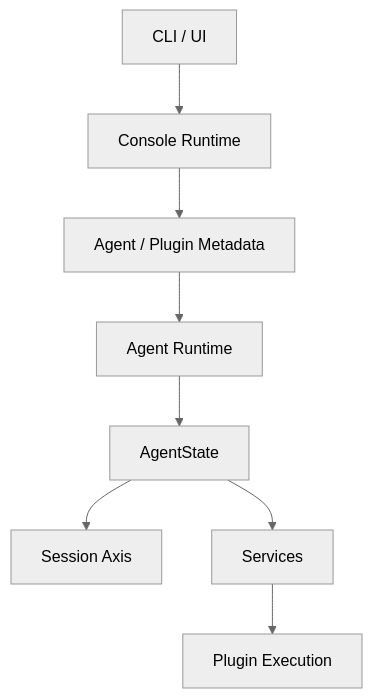
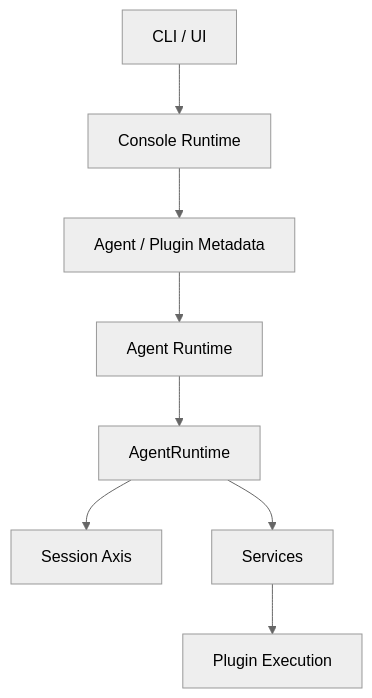
Before and after one commit to wangenius/downcity: the third of 3 diagrams in homepage/content/devdocs/zh/package/runtime-evolution.mdx, drawn with Mermaid (neutral theme). The commit also changed other lines of this file and 419 other files, not shown here.

````diff
--- a/homepage/content/devdocs/zh/package/runtime-evolution.mdx
+++ b/homepage/content/devdocs/zh/package/runtime-evolution.mdx
@@ -157,10 +157,10 @@
 ```mermaid
 flowchart TD
   CLI["CLI / UI"] --> CONSOLE["Console Runtime"]
   CONSOLE --> META["Agent / Plugin Metadata"]
   META --> AGENT["Agent Runtime"]
-  AGENT --> AST["AgentState"]
+  AGENT --> AST["AgentRuntime"]
   AST --> SESS["Session Axis"]
   AST --> SVC["Services"]
   SVC --> PX["Plugin Execution"]
 ```
````
